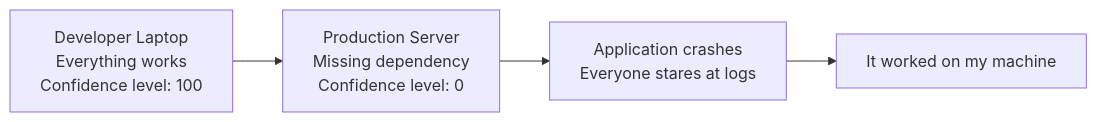
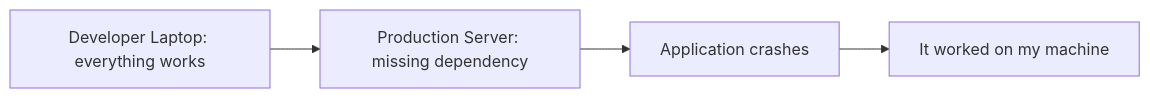
Before and after one commit to amit4996/learn-k8s-az: the first of 7 diagrams in Ch1.Docker/readme.md, drawn with Mermaid. The commit also changed other lines of this file, not shown here.

````diff
--- a/Ch1.Docker/readme.md
+++ b/Ch1.Docker/readme.md
@@ -37,6 +37,6 @@
 ```mermaid
 flowchart LR
-    Dev["Developer Laptop<br/>Everything works<br/>Confidence level: 100"] --> Prod["Production Server<br/>Missing dependency<br/>Confidence level: 0"]
-    Prod --> Panic["Application crashes<br/>Everyone stares at logs"]
+    Dev[Developer Laptop: everything works] --> Prod[Production Server: missing dependency]
+    Prod --> Panic[Application crashes]
     Panic --> Quote["It worked on my machine"]
 ```
````
